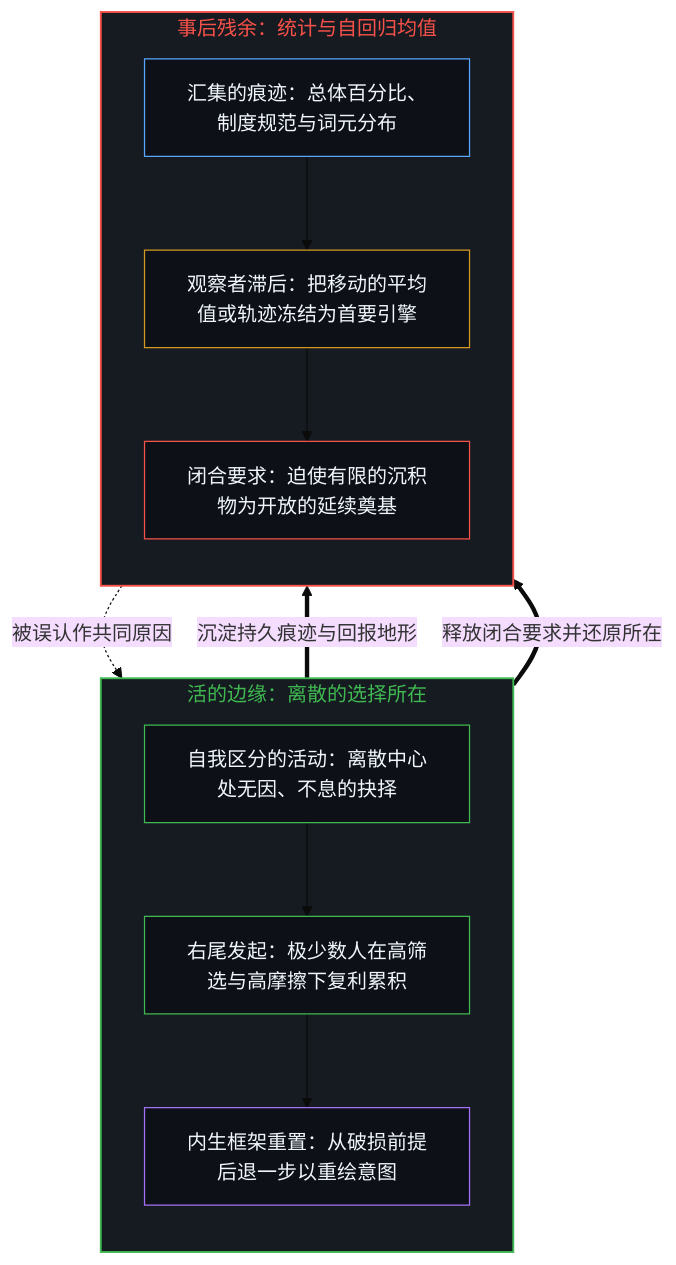
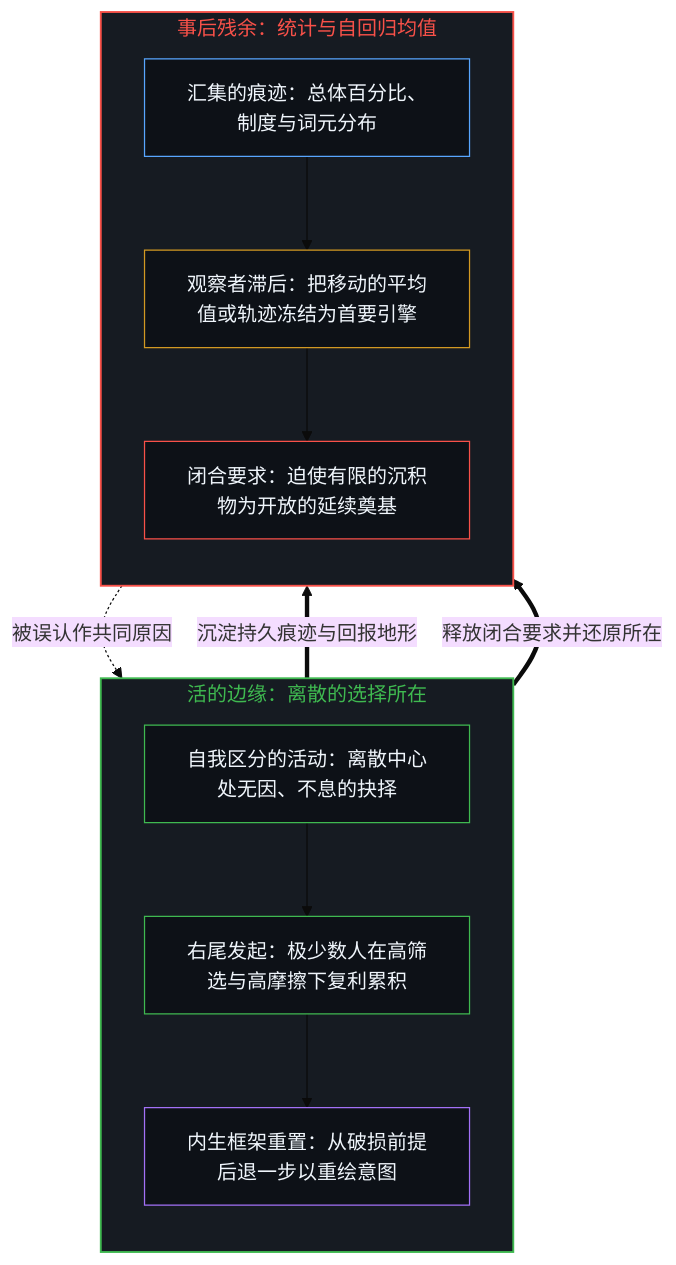
The first of 2 diagrams in content/posts/the-average-is-residue-not-the-engine.md (powerpig99/not-a-toe), drawn with Mermaid (base theme) before and after one commit. The commit also changed other lines of this file and 5 other files, not shown here.

Commit message:
Consolidate Deep Sleep Batch 17: the-myth-of-population-collapse-explained, the-average-is-residue-not-the-engine, mi-lv-shi-jie-guo-de-biao-xiang, power-law-is-the-long-term-consequence-of-normal-distribution

````diff
--- a/content/posts/the-average-is-residue-not-the-engine.md
+++ b/content/posts/the-average-is-residue-not-the-engine.md
@@ -57,28 +57,28 @@
 ```mermaid
 flowchart TD
     subgraph S_Edge["活的边缘：离散的选择所在"]
         direction TB
         E_Act["自我区分的活动：离散中心处无因、不息的抉择"]
         E_Tail["右尾发起：极少数人在高筛选与高摩擦下复利累积"]
         E_Step["内生框架重置：从破损前提后退一步以重绘意图"]
         E_Act --> E_Tail --> E_Step
     end
     subgraph S_Residue["事后残余：统计与自回归均值"]
         direction TB
-        R_Pool["汇集的痕迹：总体百分比、制度规范与词元分布"]
+        R_Pool["汇集的痕迹：总体百分比、制度与词元分布"]
         R_Lag["观察者滞后：把移动的平均值或轨迹冻结为首要引擎"]
         R_Close["闭合要求：迫使有限的沉积物为开放的延续奠基"]
         R_Pool --> R_Lag --> R_Close
     end
     E_Tail ==>|"沉淀持久痕迹与回报地形"| R_Pool
     R_Close -.->|"被误认作共同原因"| E_Act
     E_Step ==>|"释放闭合要求并还原所在"| R_Pool
     style S_Edge fill:#161b22,stroke:#3fb950,stroke-width:1.5px,color:#3fb950
     style S_Residue fill:#161b22,stroke:#f85149,stroke-width:1.5px,color:#f85149
     style E_Act fill:#0d1117,stroke:#3fb950,stroke-width:1px,color:#f0f6fc
     style E_Tail fill:#0d1117,stroke:#3fb950,stroke-width:1px,color:#f0f6fc
     style E_Step fill:#0d1117,stroke:#a371f7,stroke-width:1px,color:#f0f6fc
     style R_Pool fill:#0d1117,stroke:#58a6ff,stroke-width:1px,color:#f0f6fc
     style R_Lag fill:#0d1117,stroke:#d29922,stroke-width:1px,color:#f0f6fc
     style R_Close fill:#0d1117,stroke:#f85149,stroke-width:1px,color:#f0f6fc
 ```
````
